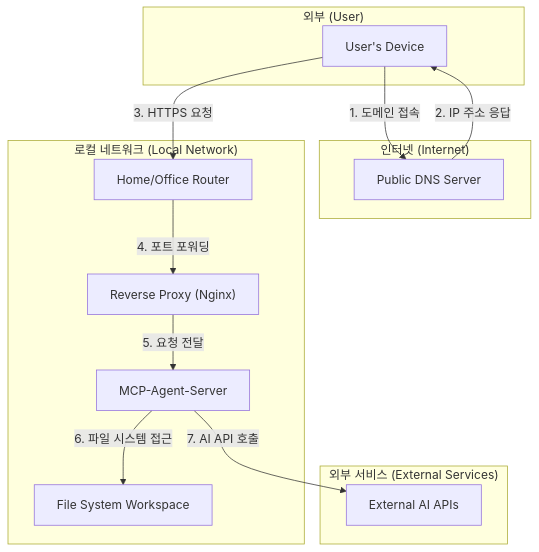
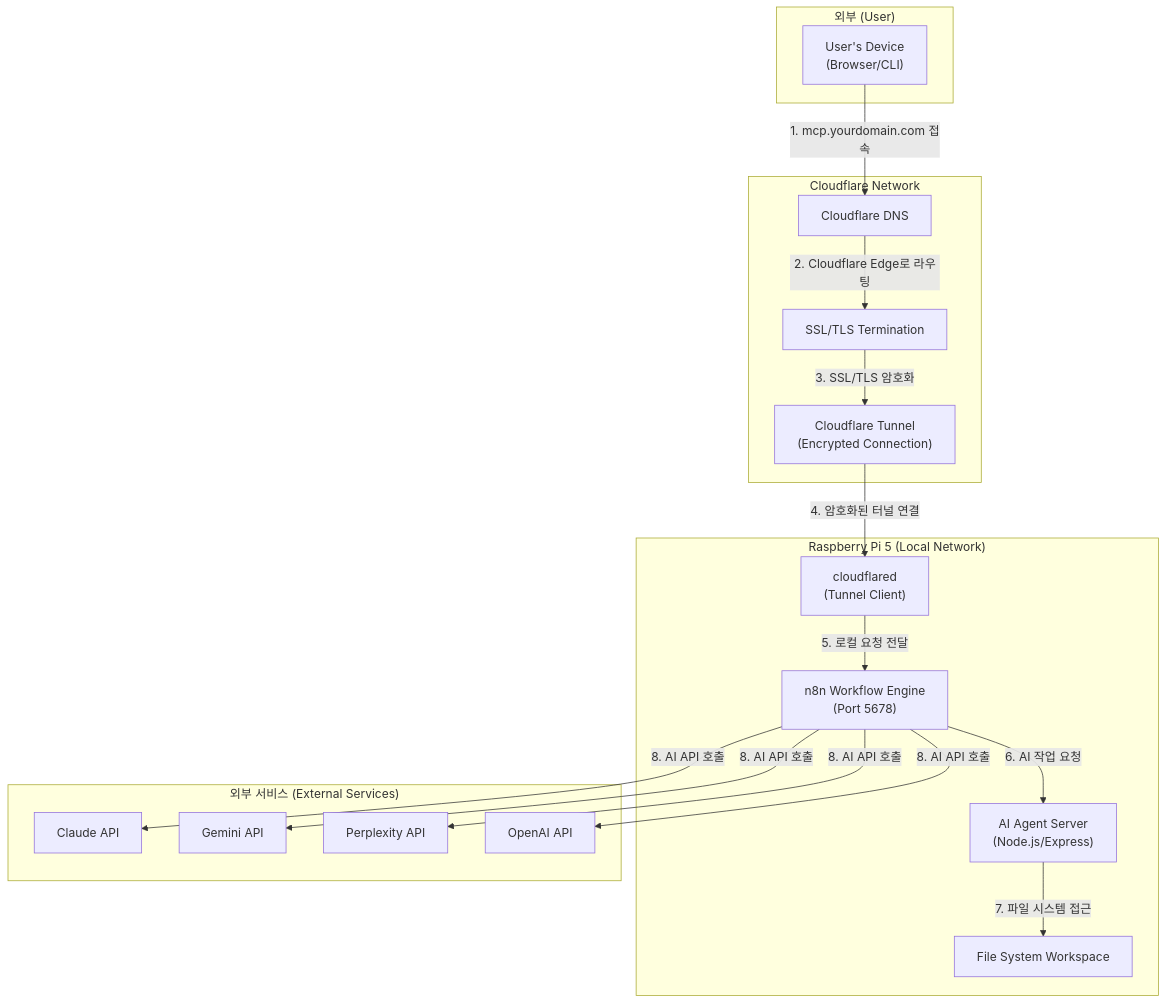
The second of 2 diagrams in ARCHITECTURE.md (hnabyz-bot/mcp-agent-server), drawn with Mermaid before and after one commit. The commit also changed other lines of this file and 3 other files, not shown here.

First line of the commit message:
문서 업데이트: n8n + Cloudflare + Raspberry Pi 5 아키텍처로 전면 재설계

````diff
--- a/ARCHITECTURE.md
+++ b/ARCHITECTURE.md
@@ -28,29 +43,38 @@
 ```mermaid
 graph TD
     subgraph "외부 (User)"
-        UserDevice["User's Device"]
+        UserDevice["User's Device<br/>(Browser/CLI)"]
     end
 
-    subgraph "인터넷 (Internet)"
-        DNS["Public DNS Server"]
+    subgraph "Cloudflare Network"
+        CloudflareDNS["Cloudflare DNS"]
+        CloudflareTunnel["Cloudflare Tunnel<br/>(Encrypted Connection)"]
+        CloudflareSSL["SSL/TLS Termination"]
     end
 
-    subgraph "로컬 네트워크 (Local Network)"
-        Router["Home/Office Router"]
-        Nginx["Reverse Proxy (Nginx)"]
-        ServerApp["MCP-Agent-Server"]
+    subgraph "Raspberry Pi 5 (Local Network)"
+        CloudflaredDaemon["cloudflared<br/>(Tunnel Client)"]
+        N8N["n8n Workflow Engine<br/>(Port 5678)"]
+        AgentServer["AI Agent Server<br/>(Node.js/Express)"]
         Workspace["File System Workspace"]
     end
-    
+
     subgraph "외부 서비스 (External Services)"
-        AiApis["External AI APIs"]
+        Claude["Claude API"]
+        Gemini["Gemini API"]
+        Perplexity["Perplexity API"]
+        OpenAI["OpenAI API"]
     end
 
-    UserDevice -- "1. 도메인 접속" --> DNS;
-    DNS -- "2. IP 주소 응답" --> UserDevice;
-    UserDevice -- "3. HTTPS 요청" --> Router;
-    Router -- "4. 포트 포워딩" --> Nginx;
-    Nginx -- "5. 요청 전달" --> ServerApp;
-    ServerApp -- "6. 파일 시스템 접근" --> Workspace;
-    ServerApp -- "7. AI API 호출" --> AiApis;
+    UserDevice -- "1. mcp.yourdomain.com 접속" --> CloudflareDNS;
+    CloudflareDNS -- "2. Cloudflare Edge로 라우팅" --> CloudflareSSL;
+    CloudflareSSL -- "3. SSL/TLS 암호화" --> CloudflareTunnel;
+    CloudflareTunnel -- "4. 암호화된 터널 연결" --> CloudflaredDaemon;
+    CloudflaredDaemon -- "5. 로컬 요청 전달" --> N8N;
+    N8N -- "6. AI 작업 요청" --> AgentServer;
+    AgentServer -- "7. 파일 시스템 접근" --> Workspace;
+    N8N -- "8. AI API 호출" --> Claude;
+    N8N -- "8. AI API 호출" --> Gemini;
+    N8N -- "8. AI API 호출" --> Perplexity;
+    N8N -- "8. AI API 호출" --> OpenAI;
 ```
````
